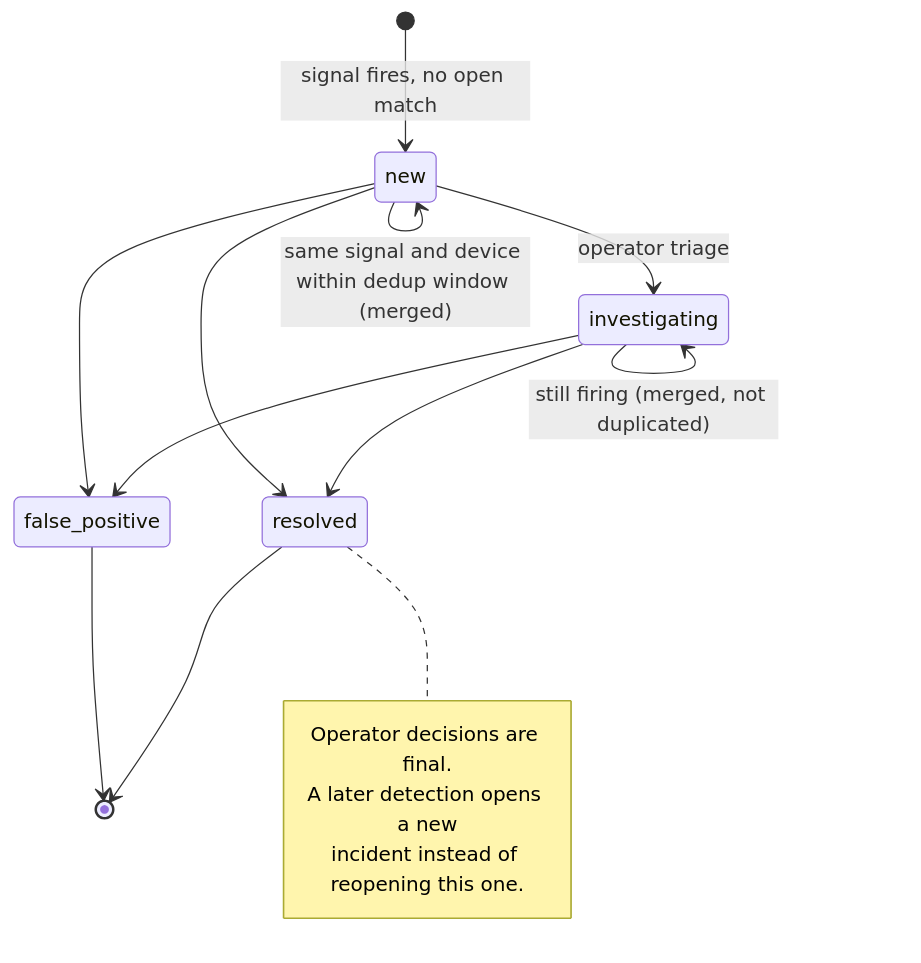
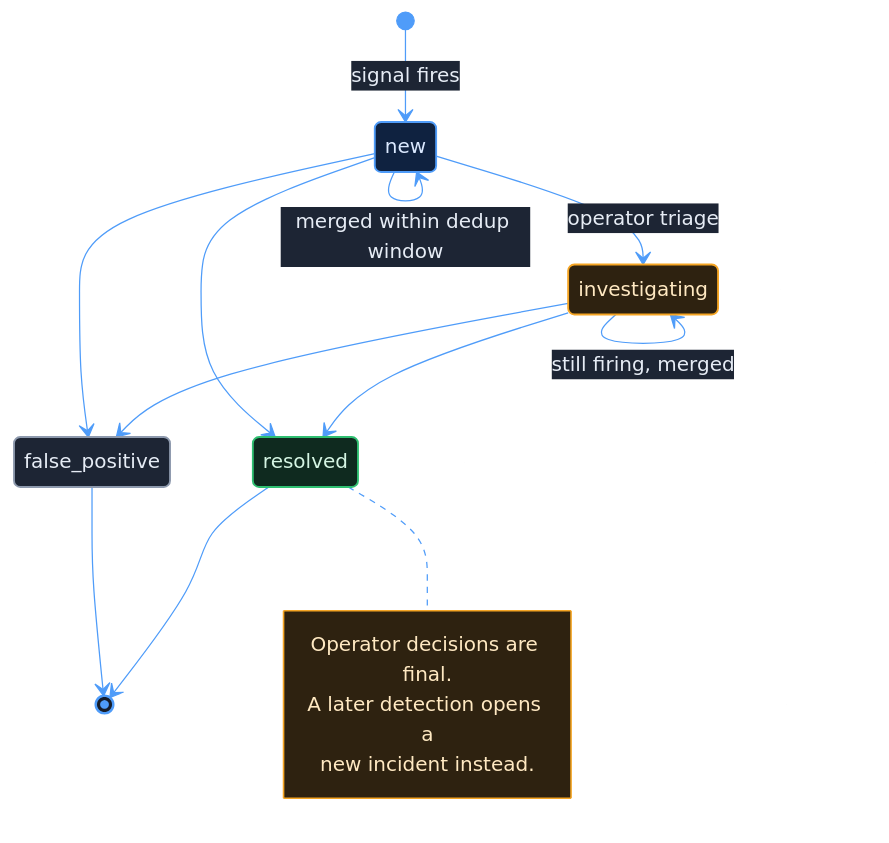
The fourth of 7 diagrams in README.md (MaheshwariKushagra/securepi-gateway), drawn with Mermaid before and after one commit. The commit also changed other lines of this file, not shown here.

First line of the commit message:
Colour the README's Mermaid diagrams with the console palette

````diff
--- a/README.md
+++ b/README.md
@@ -286,18 +326,28 @@
 ```mermaid
+%%{init: {'theme':'base','themeVariables':{'primaryColor':'#161d2b','primaryTextColor':'#e6ecf5','primaryBorderColor':'#4f9cf9','lineColor':'#4f9cf9','transitionColor':'#4f9cf9','transitionLabelColor':'#e6ecf5','stateLabelColor':'#e6ecf5','labelBackgroundColor':'#1d2534','edgeLabelBackground':'#1d2534','textColor':'#8d99ad','specialStateColor':'#4f9cf9','innerEndBackground':'#4f9cf9','noteBkgColor':'#2e2210','noteTextColor':'#ffe9c2','noteBorderColor':'#f5a524'}}}%%
 stateDiagram-v2
-    [*] --> new: signal fires, no open match
-    new --> new: same signal and device within dedup window (merged)
+    [*] --> new: signal fires
+    new --> new: merged within dedup window
     new --> investigating: operator triage
-    investigating --> investigating: still firing (merged, not duplicated)
+    investigating --> investigating: still firing, merged
     investigating --> resolved
     investigating --> false_positive
     new --> resolved
     new --> false_positive
     resolved --> [*]
     false_positive --> [*]
     note right of resolved
         Operator decisions are final.
-        A later detection opens a new
-        incident instead of reopening this one.
+        A later detection opens a
+        new incident instead.
     end note
+
+    classDef newc fill:#0f2240,stroke:#4f9cf9,stroke-width:1.5px,color:#dbe9ff
+    classDef inv fill:#2e2210,stroke:#f5a524,stroke-width:1.5px,color:#ffe9c2
+    classDef res fill:#0f2a1f,stroke:#2fbf71,stroke-width:1.5px,color:#d5f5e3
+    classDef fp fill:#1d2534,stroke:#8d99ad,stroke-width:1.5px,color:#e6ecf5
+    class new newc
+    class investigating inv
+    class resolved res
+    class false_positive fp
 ```
````
